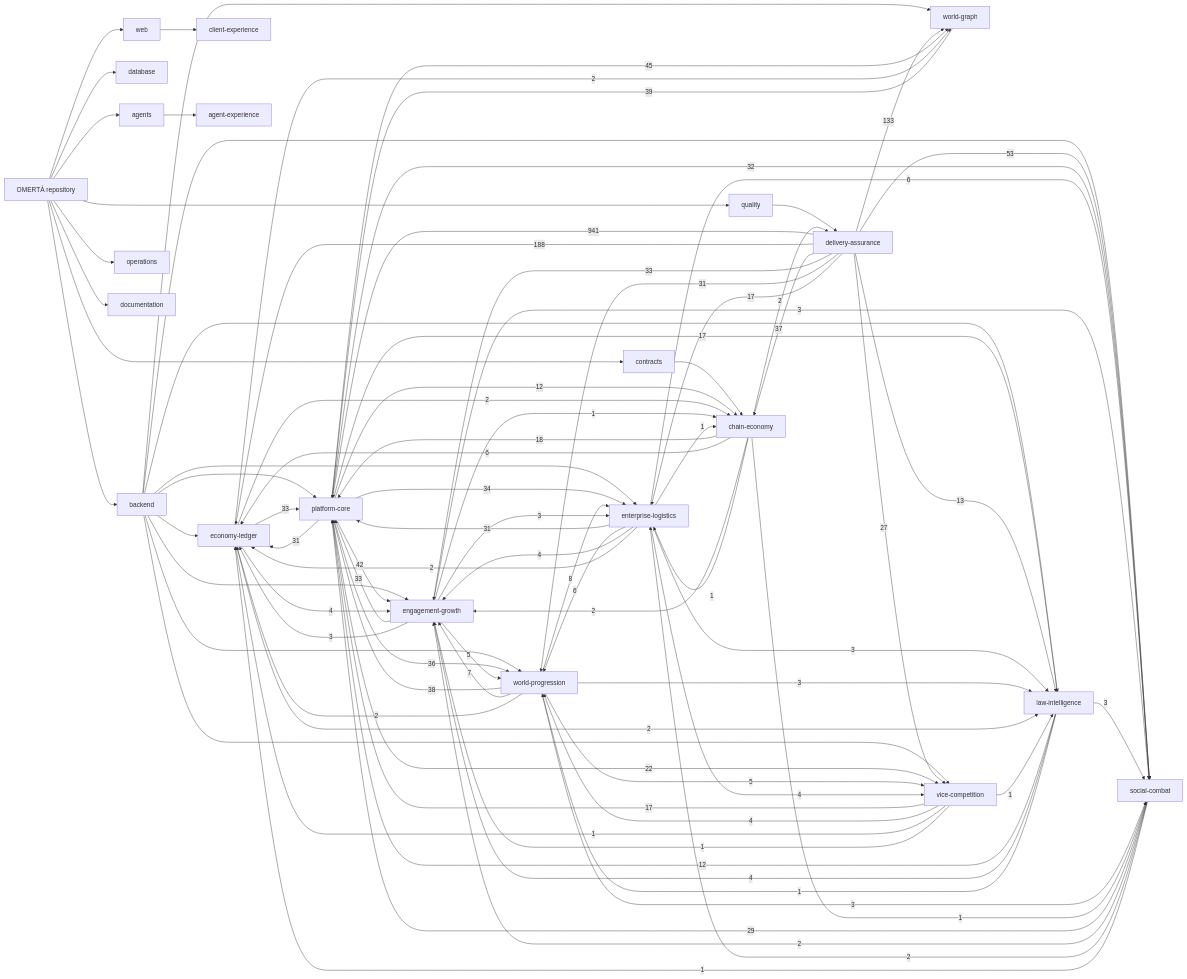
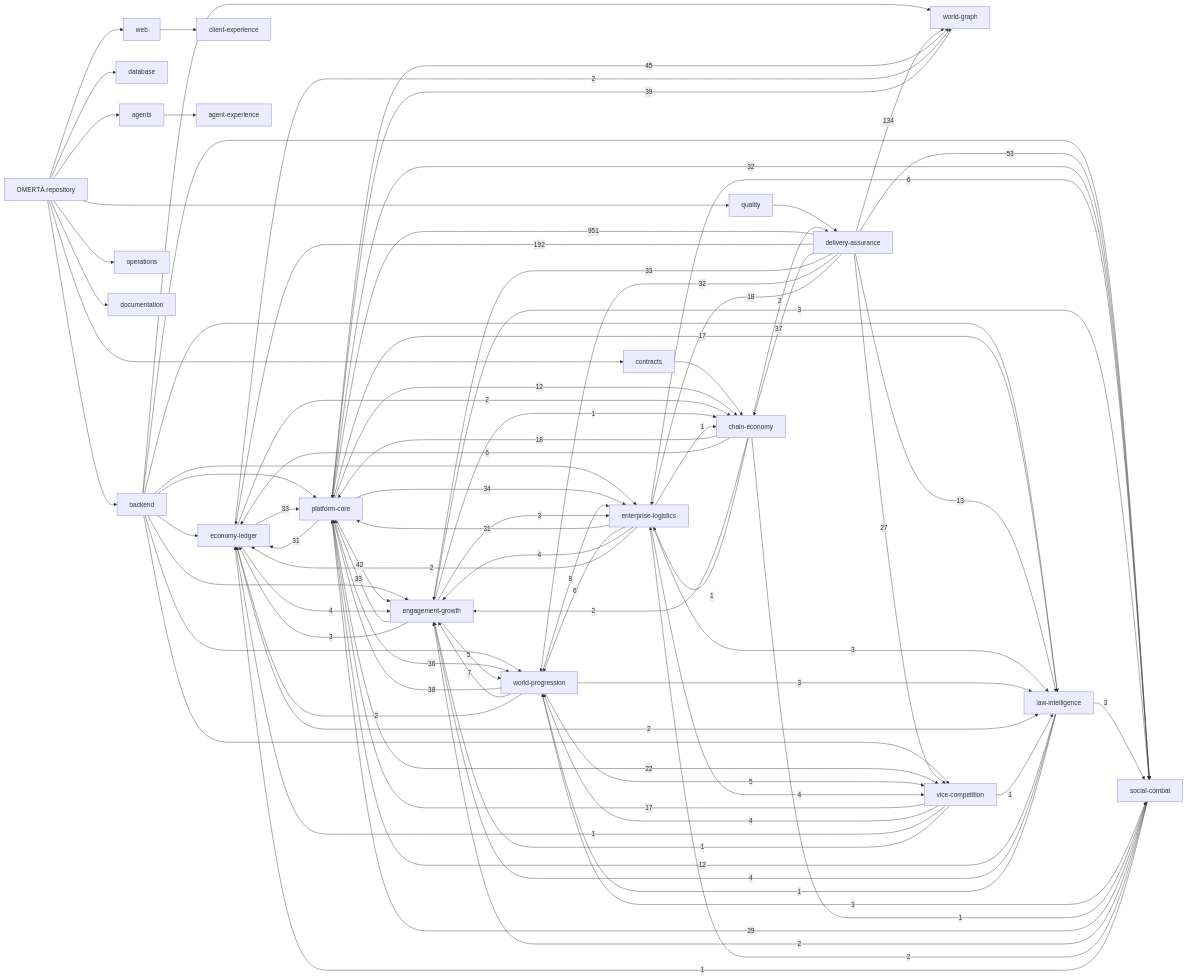
One commit to OmertaDev/Omerta changed the diagram in knowledge/generated/graph.mmd. Above: the diagram before and after it, drawn with Mermaid. The commit also changed 7 other files, not shown here.

```diff
--- a/knowledge/generated/graph.mmd
+++ b/knowledge/generated/graph.mmd
@@ -1,109 +1,109 @@
 flowchart LR
   repo["OMERTÀ repository"]
   sub_backend["backend"]
   repo --> sub_backend
   sub_database["database"]
   repo --> sub_database
   sub_web["web"]
   repo --> sub_web
   sub_contracts["contracts"]
   repo --> sub_contracts
   sub_agents["agents"]
   repo --> sub_agents
   sub_quality["quality"]
   repo --> sub_quality
   sub_operations["operations"]
   repo --> sub_operations
   sub_documentation["documentation"]
   repo --> sub_documentation
   dom_platform-core["platform-core"]
   dom_economy-ledger["economy-ledger"]
   dom_social-combat["social-combat"]
   dom_world-progression["world-progression"]
   dom_world-graph["world-graph"]
   dom_enterprise-logistics["enterprise-logistics"]
   dom_vice-competition["vice-competition"]
   dom_law-intelligence["law-intelligence"]
   dom_chain-economy["chain-economy"]
   dom_engagement-growth["engagement-growth"]
   dom_client-experience["client-experience"]
   dom_agent-experience["agent-experience"]
   dom_delivery-assurance["delivery-assurance"]
   sub_agents --> dom_agent-experience
   sub_backend --> dom_economy-ledger
   sub_backend --> dom_engagement-growth
   sub_backend --> dom_enterprise-logistics
   sub_backend --> dom_law-intelligence
   sub_backend --> dom_platform-core
   sub_backend --> dom_social-combat
   sub_backend --> dom_vice-competition
   sub_backend --> dom_world-graph
   sub_backend --> dom_world-progression
   sub_contracts --> dom_chain-economy
   sub_quality --> dom_delivery-assurance
   sub_web --> dom_client-experience
-  dom_delivery-assurance -->|941| dom_platform-core
-  dom_delivery-assurance -->|188| dom_economy-ledger
-  dom_delivery-assurance -->|133| dom_world-graph
+  dom_delivery-assurance -->|951| dom_platform-core
+  dom_delivery-assurance -->|192| dom_economy-ledger
+  dom_delivery-assurance -->|134| dom_world-graph
   dom_delivery-assurance -->|53| dom_social-combat
   dom_platform-core -->|45| dom_world-graph
   dom_platform-core -->|42| dom_engagement-growth
   dom_world-graph -->|39| dom_platform-core
   dom_world-progression -->|38| dom_platform-core
   dom_delivery-assurance -->|37| dom_chain-economy
   dom_platform-core -->|36| dom_world-progression
   dom_platform-core -->|34| dom_enterprise-logistics
   dom_delivery-assurance -->|33| dom_engagement-growth
   dom_economy-ledger -->|33| dom_platform-core
   dom_engagement-growth -->|33| dom_platform-core
+  dom_delivery-assurance -->|32| dom_world-progression
   dom_platform-core -->|32| dom_social-combat
-  dom_delivery-assurance -->|31| dom_world-progression
   dom_enterprise-logistics -->|31| dom_platform-core
   dom_platform-core -->|31| dom_economy-ledger
   dom_social-combat -->|29| dom_platform-core
   dom_delivery-assurance -->|27| dom_vice-competition
   dom_platform-core -->|22| dom_vice-competition
   dom_chain-economy -->|18| dom_platform-core
-  dom_delivery-assurance -->|17| dom_enterprise-logistics
+  dom_delivery-assurance -->|18| dom_enterprise-logistics
   dom_platform-core -->|17| dom_law-intelligence
   dom_vice-competition -->|17| dom_platform-core
   dom_delivery-assurance -->|13| dom_law-intelligence
   dom_law-intelligence -->|12| dom_platform-core
   dom_platform-core -->|12| dom_chain-economy
   dom_world-progression -->|8| dom_enterprise-logistics
   dom_world-progression -->|7| dom_engagement-growth
   dom_chain-economy -->|6| dom_economy-ledger
   dom_enterprise-logistics -->|6| dom_social-combat
   dom_enterprise-logistics -->|6| dom_world-progression
   dom_engagement-growth -->|5| dom_world-progression
   dom_world-progression -->|5| dom_vice-competition
   dom_economy-ledger -->|4| dom_engagement-growth
   dom_enterprise-logistics -->|4| dom_engagement-growth
   dom_enterprise-logistics -->|4| dom_vice-competition
   dom_law-intelligence -->|4| dom_engagement-growth
   dom_vice-competition -->|4| dom_world-progression
   dom_engagement-growth -->|3| dom_economy-ledger
   dom_engagement-growth -->|3| dom_enterprise-logistics
   dom_engagement-growth -->|3| dom_social-combat
   dom_enterprise-logistics -->|3| dom_law-intelligence
   dom_law-intelligence -->|3| dom_social-combat
   dom_world-progression -->|3| dom_law-intelligence
   dom_world-progression -->|3| dom_social-combat
   dom_chain-economy -->|2| dom_delivery-assurance
   dom_chain-economy -->|2| dom_engagement-growth
   dom_economy-ledger -->|2| dom_chain-economy
   dom_economy-ledger -->|2| dom_law-intelligence
   dom_economy-ledger -->|2| dom_world-graph
   dom_enterprise-logistics -->|2| dom_economy-ledger
   dom_social-combat -->|2| dom_engagement-growth
   dom_social-combat -->|2| dom_enterprise-logistics
   dom_world-progression -->|2| dom_economy-ledger
   dom_chain-economy -->|1| dom_enterprise-logistics
   dom_chain-economy -->|1| dom_social-combat
   dom_engagement-growth -->|1| dom_chain-economy
   dom_enterprise-logistics -->|1| dom_chain-economy
   dom_law-intelligence -->|1| dom_world-progression
   dom_social-combat -->|1| dom_economy-ledger
   dom_vice-competition -->|1| dom_economy-ledger
   dom_vice-competition -->|1| dom_engagement-growth
   dom_vice-competition -->|1| dom_law-intelligence
```
